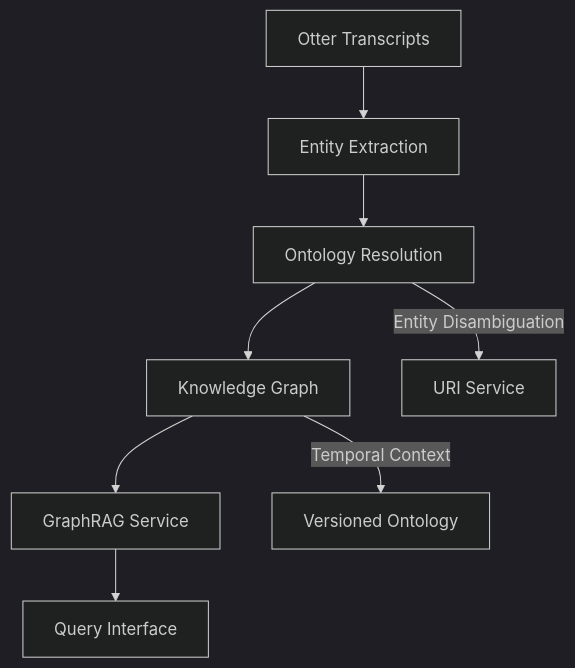
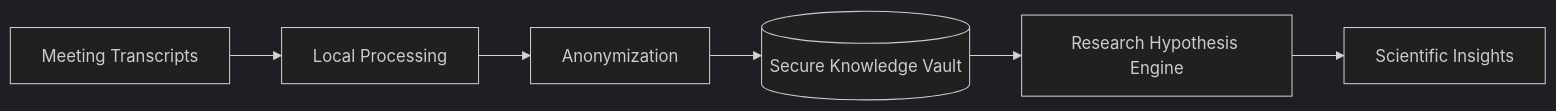
Before and after one commit to DarrenZal/BioAgents: the diagram in src/OtterPlugin/README.md, drawn with Mermaid (dark theme). The commit also changed other lines of this file, not shown here.

Commit message:
update Otterplugin readme with plans for research enhancement

````diff
--- a/src/OtterPlugin/README.md
+++ b/src/OtterPlugin/README.md
@@ -197,10 +101,8 @@
 ```mermaid
-graph TD
-    A[Otter Transcripts] --> B[Entity Extraction]
-    B --> C[Ontology Resolution]
-    C --> D[Knowledge Graph]
-    D --> E[GraphRAG Service]
-    E --> F[Query Interface]
-    C -->|Entity Disambiguation| G[URI Service]
-    D -->|Temporal Context| H[Versioned Ontology]
+graph LR
+    A[Meeting Transcripts] --> B[Local Processing]
+    B --> C[Anonymization]
+    C --> D[(Secure Knowledge Vault)]
+    D --> E[Research Hypothesis Engine]
+    E --> F[Scientific Insights]
 ```
````
